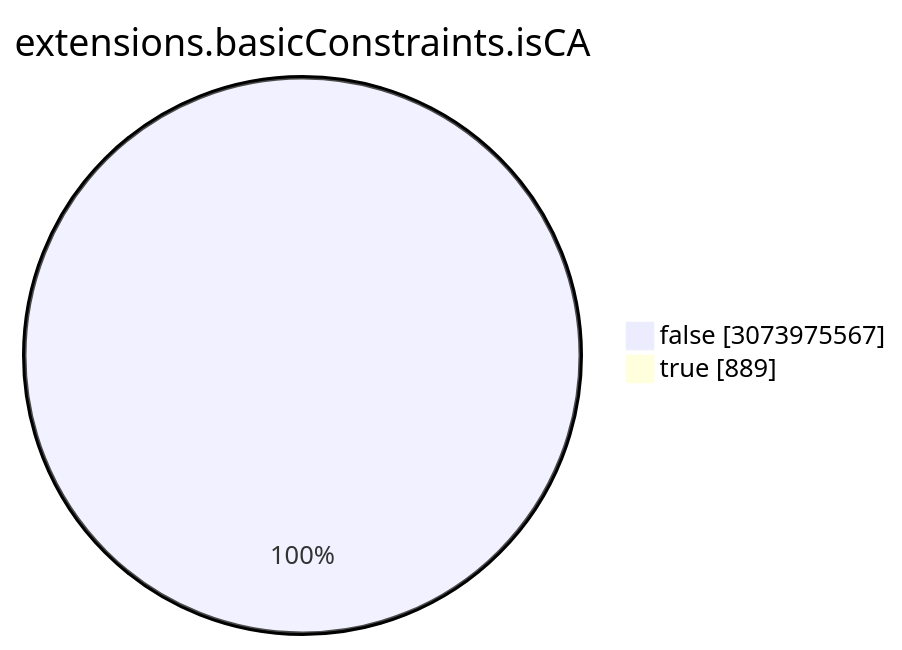
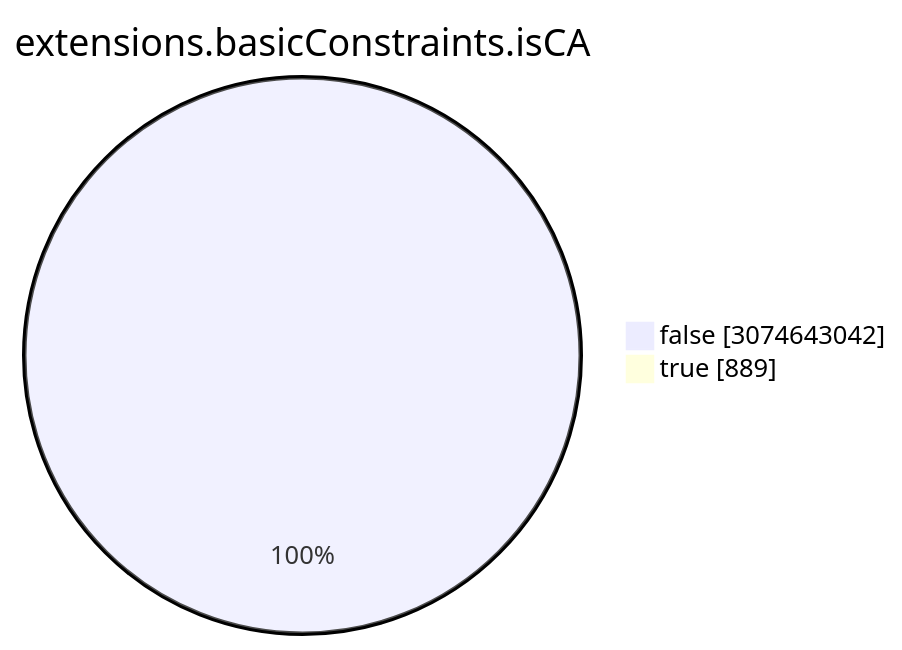
The seventh of 15 diagrams in TOTAL/README.md (christiankrug/ctmonitor_visualization), drawn with Mermaid before and after one commit. The commit also changed other lines of this file, not shown here.

````diff
--- a/TOTAL/README.md
+++ b/TOTAL/README.md
@@ -3086,6 +3086,6 @@
 ```mermaid
 pie showData
 title extensions.basicConstraints.isCA
-"false" :3073975567
+"false" :3074643042
 "true" :889
 ```
````
